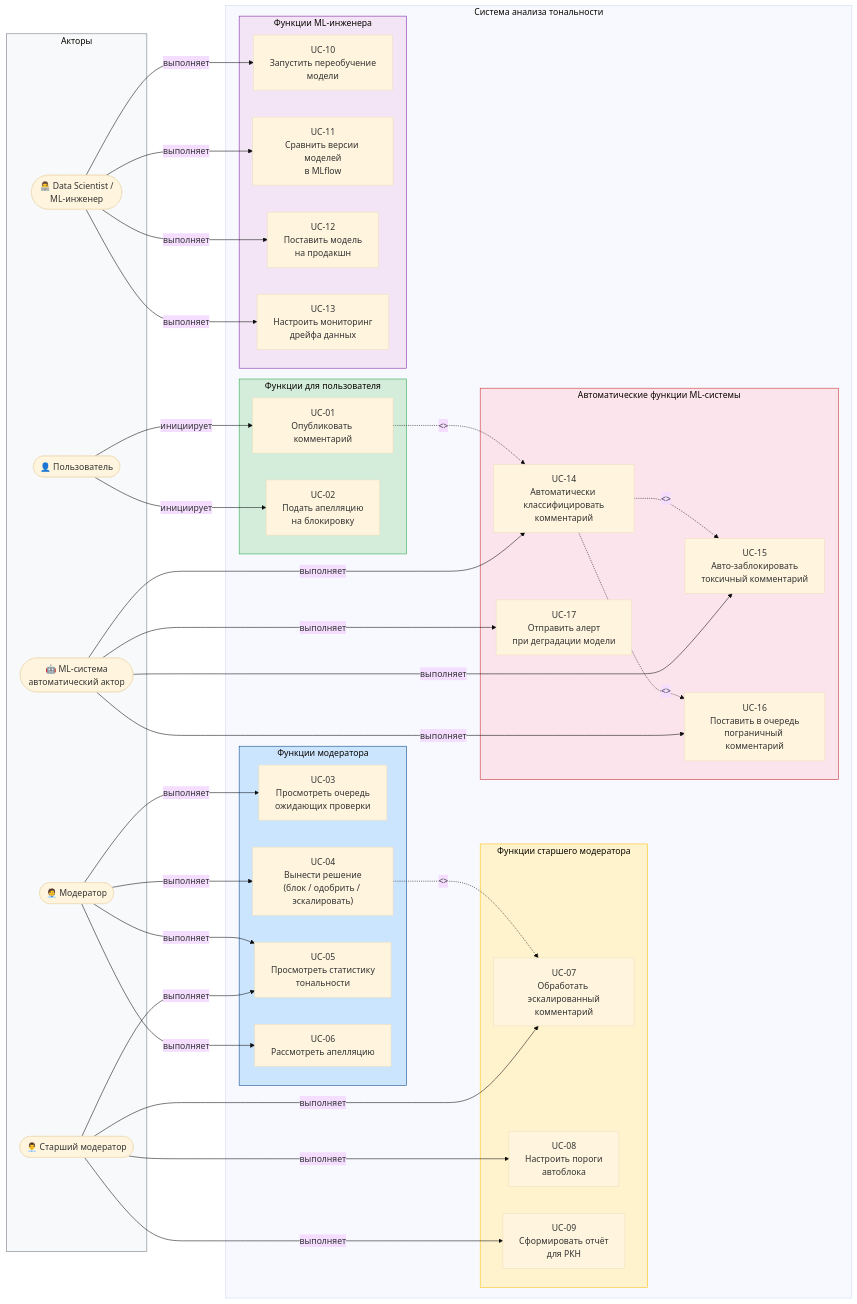
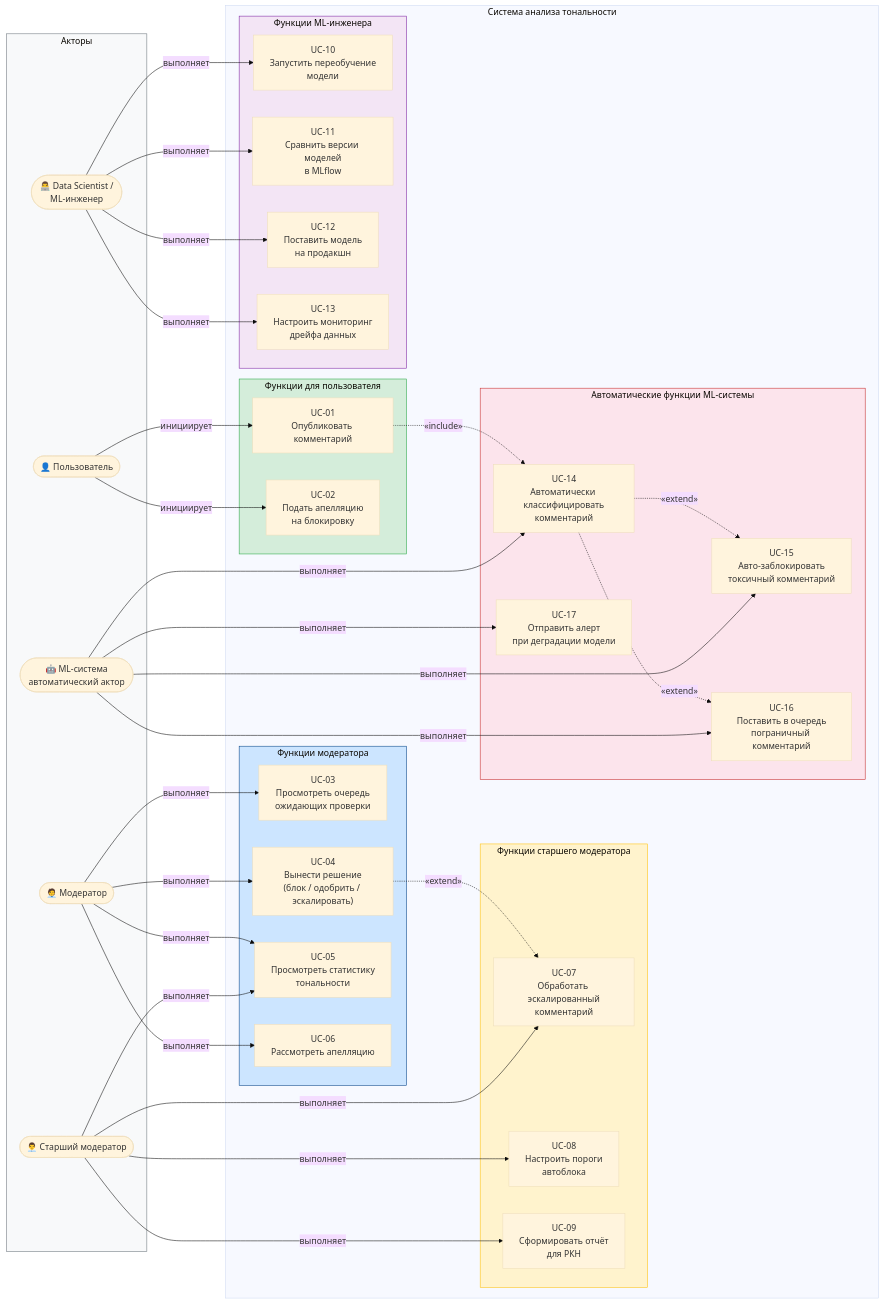
Before and after one commit to alexzomai/pris-lab-9: the diagram in diagrams/uml_usecase.md, drawn with Mermaid (base theme). The commit also changed 2 other files, not shown here.

Commit message:
fix: исправлены ошибки в диаграммах
uml_sequence.md:
- Сценарий 1: исправлено название — score=0.90 < 0.92, это очередь, не автоблок
- Сценарий 4: исправлена ошибочная ссылка KR→KS при публикации в comments.scored

uml_components.md, uml_usecase.md:
- Заменены <<component>>, <<layer>>, <<include>>, <<extend>>
  на «component», «layer», «include», «extend» во избежание
  проблем рендеринга угловых скобок на GitHub Mermaid

```diff
--- a/diagrams/uml_usecase.md
+++ b/diagrams/uml_usecase.md
@@ -51,9 +51,9 @@
     U -->|инициирует| UC2
 
     %% Связи UC-01
-    UC1 -.->|"<<include>>"| UC14
-    UC14 -.->|"<<extend>>"| UC15
-    UC14 -.->|"<<extend>>"| UC16
+    UC1 -.->|"«include»"| UC14
+    UC14 -.->|"«extend»"| UC15
+    UC14 -.->|"«extend»"| UC16
 
     %% Модератор
     MOD -->|выполняет| UC3
@@ -61,7 +61,7 @@
     MOD -->|выполняет| UC5
     MOD -->|выполняет| UC6
 
-    UC4 -.->|"<<extend>>"| UC7
+    UC4 -.->|"«extend»"| UC7
 
     %% Старший модератор
     SMOD -->|выполняет| UC7
```
